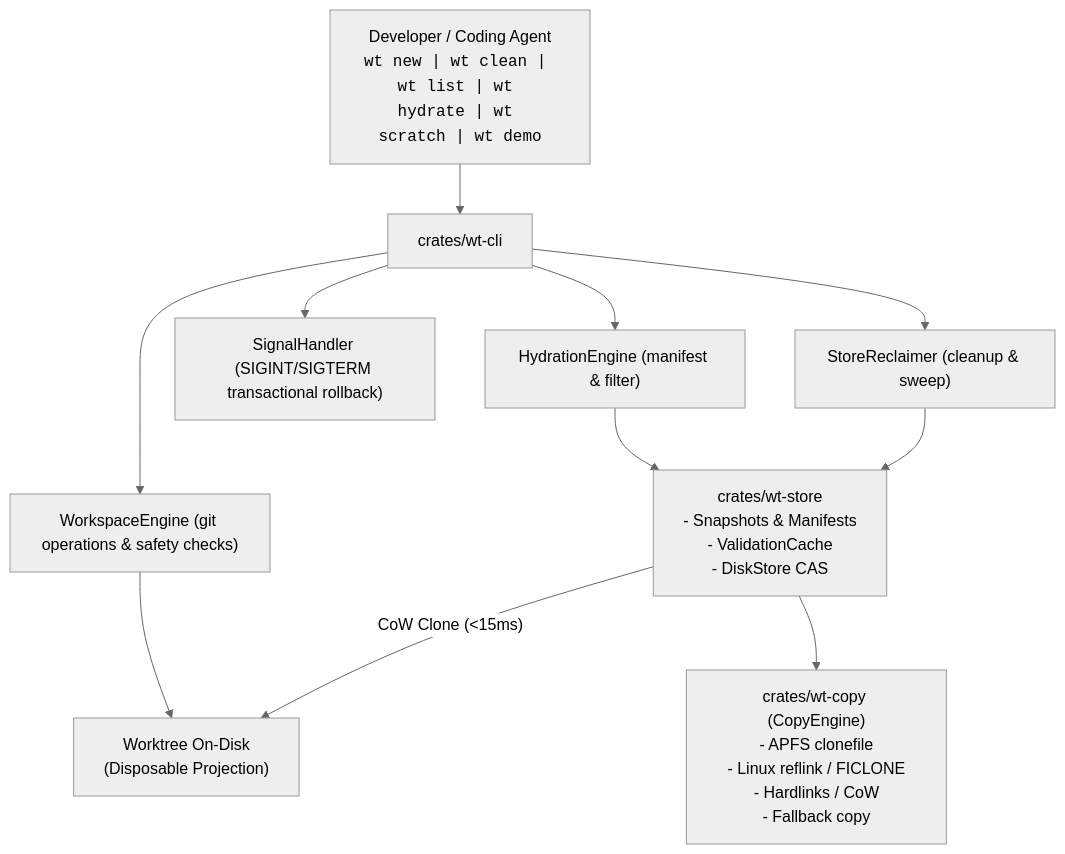
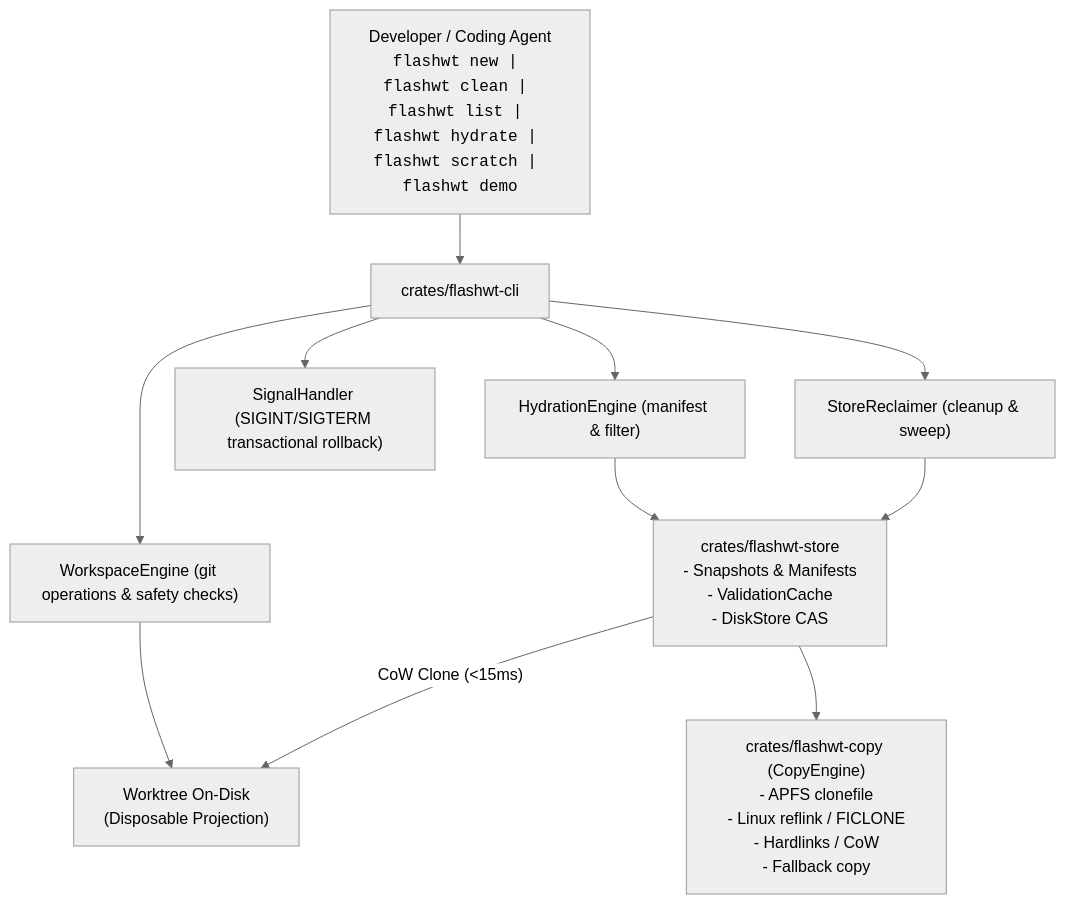
Before and after one commit to sharzilnfz/Flash-WT: the diagram in docs/ponytail-audit.md, drawn with Mermaid (neutral theme). The commit also changed other lines of this file and 358 other files, not shown here.

Commit message:
Rebrand project to Flash-WT and CLI to flashwt, remove all comments

````diff
--- a/docs/ponytail-audit.md
+++ b/docs/ponytail-audit.md
@@ -25,16 +25,16 @@
 ```mermaid
 graph TD
-    User["Developer / Coding Agent<br><code>wt new | wt clean | wt list | wt hydrate | wt scratch | wt demo</code>"] --> CLI["crates/wt-cli"]
+    User["Developer / Coding Agent<br><code>flashwt new | flashwt clean | flashwt list | flashwt hydrate | flashwt scratch | flashwt demo</code>"] --> CLI["crates/flashwt-cli"]
     
     CLI --> Ws["WorkspaceEngine (git operations & safety checks)"]
     CLI --> Hydrate["HydrationEngine (manifest & filter)"]
     CLI --> Signal["SignalHandler (SIGINT/SIGTERM transactional rollback)"]
     CLI --> Reclaim["StoreReclaimer (cleanup & sweep)"]
     
     Ws --> Tree["Worktree On-Disk<br>(Disposable Projection)"]
-    Hydrate --> Store["crates/wt-store<br>- Snapshots & Manifests<br>- ValidationCache<br>- DiskStore CAS"]
+    Hydrate --> Store["crates/flashwt-store<br>- Snapshots & Manifests<br>- ValidationCache<br>- DiskStore CAS"]
     Reclaim --> Store
     
     Store -->|"CoW Clone (<15ms)"| Tree
-    Store --> Copy["crates/wt-copy (CopyEngine)<br>- APFS clonefile<br>- Linux reflink / FICLONE<br>- Hardlinks / CoW<br>- Fallback copy"]
+    Store --> Copy["crates/flashwt-copy (CopyEngine)<br>- APFS clonefile<br>- Linux reflink / FICLONE<br>- Hardlinks / CoW<br>- Fallback copy"]
 ```
````
